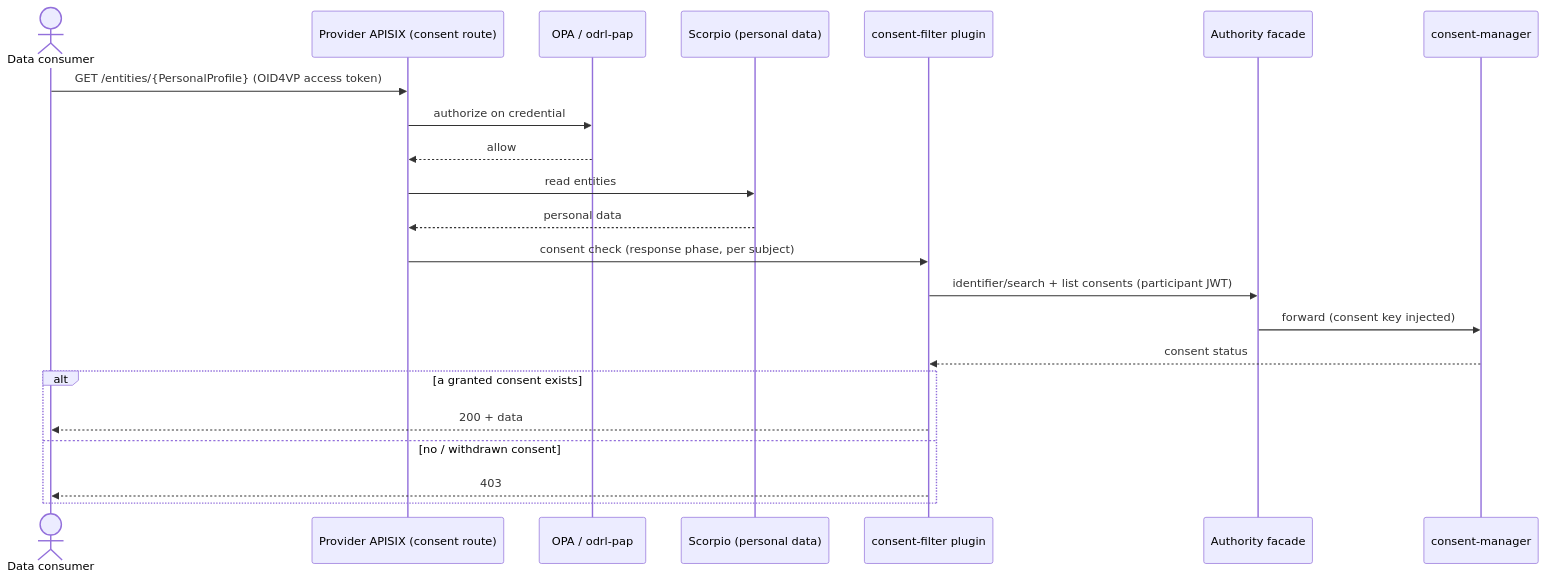
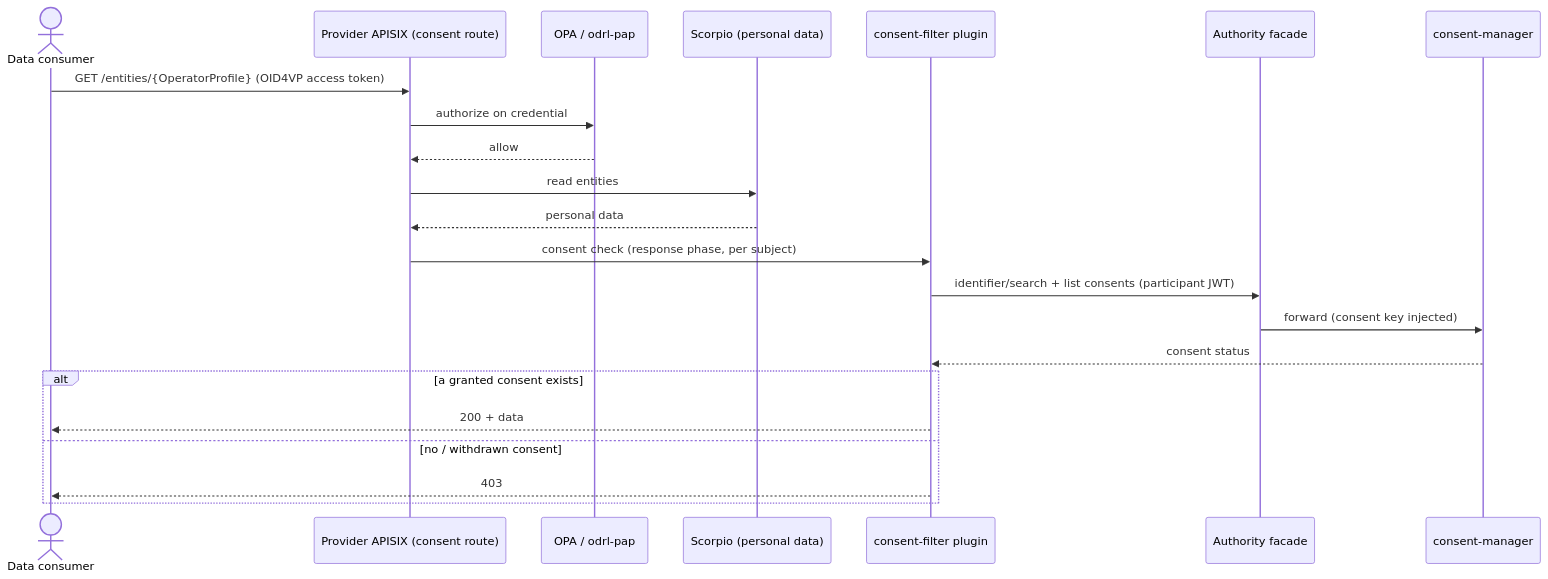
One commit to FIWARE/data-space-connector changed the third of 4 diagrams in doc/CONSENT_MANAGEMENT.md. Above: the diagram before and after it, drawn with Mermaid. The commit also changed other lines of this file and 7 other files, not shown here.

````diff
--- a/doc/CONSENT_MANAGEMENT.md
+++ b/doc/CONSENT_MANAGEMENT.md
@@ -262,25 +292,25 @@
 ```mermaid
 sequenceDiagram
   actor cons as Data consumer
   participant apisix as Provider APISIX (consent route)
   participant opa as OPA / odrl-pap
   participant scorpio as Scorpio (personal data)
   participant plugin as consent-filter plugin
   participant fac as Authority facade
   participant cm as consent-manager
 
-  cons->>apisix: GET /entities/{PersonalProfile} (OID4VP access token)
+  cons->>apisix: GET /entities/{OperatorProfile} (OID4VP access token)
   apisix->>opa: authorize on credential
   opa-->>apisix: allow
   apisix->>scorpio: read entities
   scorpio-->>apisix: personal data
   apisix->>plugin: consent check (response phase, per subject)
   plugin->>fac: identifier/search + list consents (participant JWT)
   fac->>cm: forward (consent key injected)
   cm-->>plugin: consent status
   alt a granted consent exists
     plugin-->>cons: 200 + data
   else no / withdrawn consent
     plugin-->>cons: 403
   end
 ```
````
